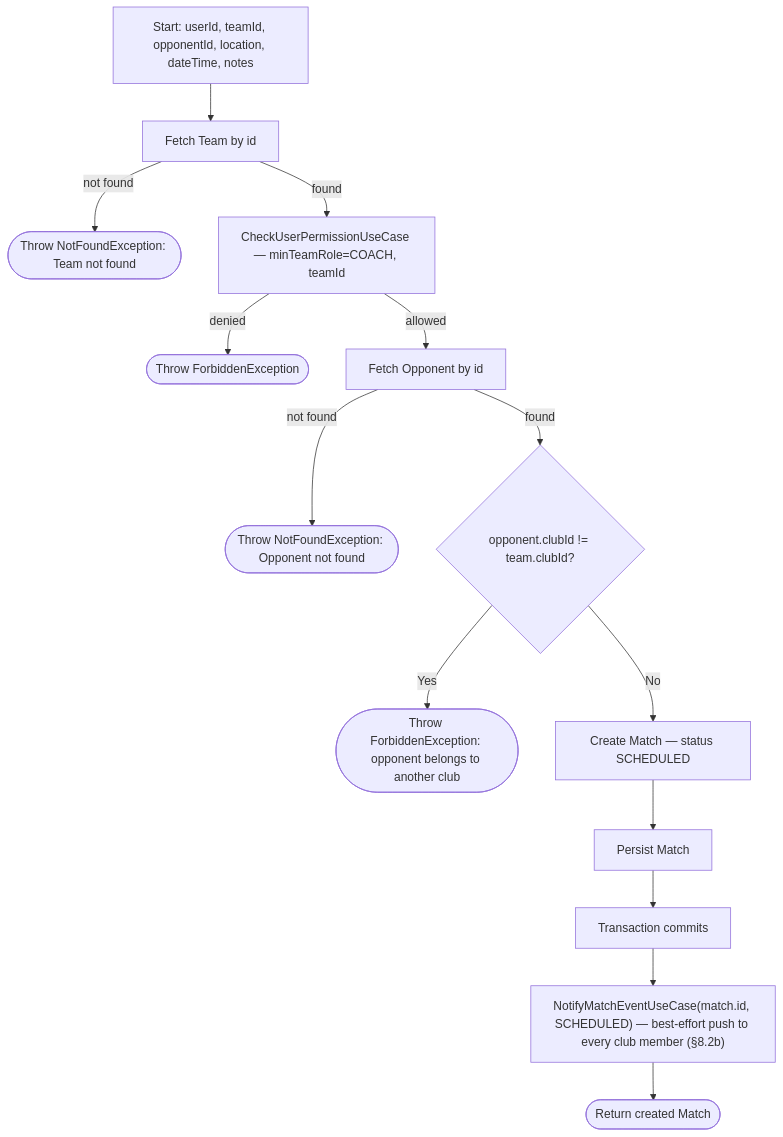
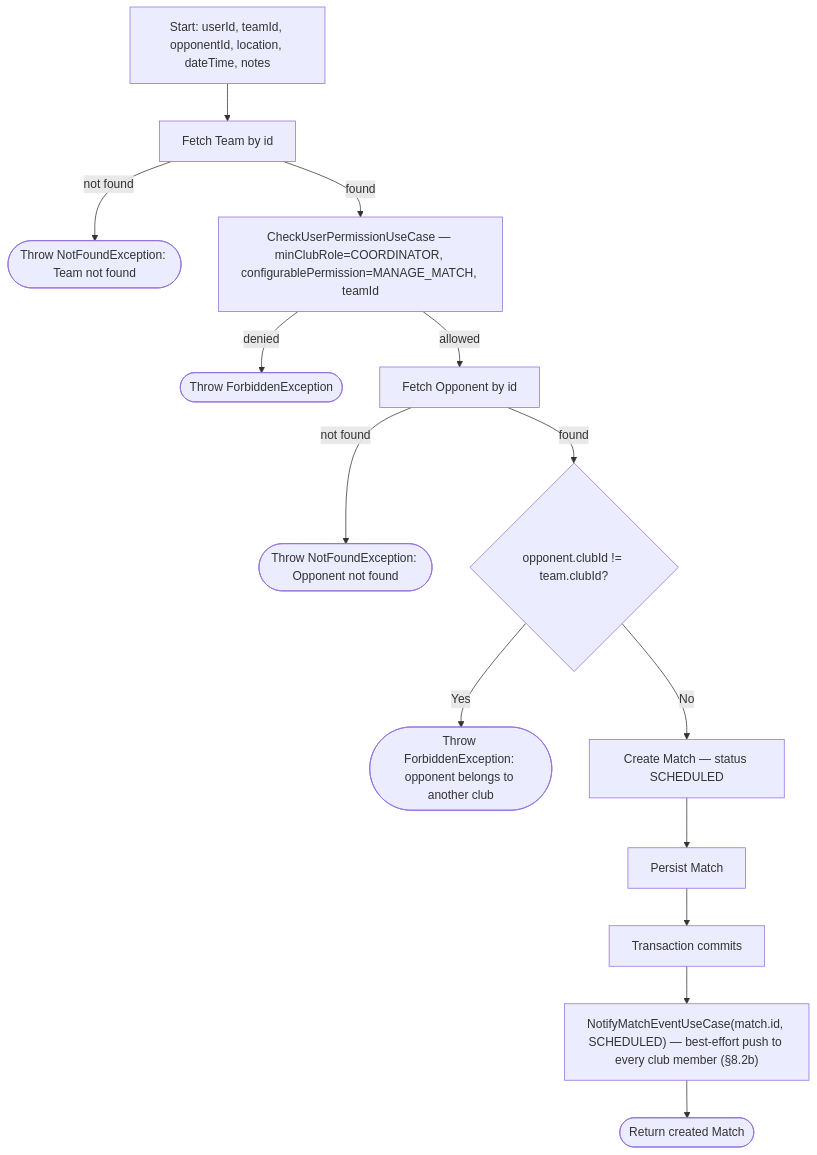
One commit to ricardofrango/squadify changed diagram 38 of 57 in PROCESS_FLOWS.md. Above: the diagram before and after it, drawn with Mermaid. The commit also changed other lines of this file and 87 other files, not shown here.

First line of the commit message:
Add configurable club permissions

````diff
--- a/PROCESS_FLOWS.md
+++ b/PROCESS_FLOWS.md
@@ -758,16 +818,16 @@
 ```mermaid
 graph TD
     A[Start: userId, teamId, opponentId, location, dateTime, notes] --> B[Fetch Team by id]
     B -- not found --> N1(["Throw NotFoundException: Team not found"])
-    B -- found --> C[CheckUserPermissionUseCase — minTeamRole=COACH, teamId]
+    B -- found --> C[CheckUserPermissionUseCase — minClubRole=COORDINATOR, configurablePermission=MANAGE_MATCH, teamId]
     C -- denied --> F(["Throw ForbiddenException"])
     C -- allowed --> D[Fetch Opponent by id]
     D -- not found --> N2(["Throw NotFoundException: Opponent not found"])
     D -- found --> E{opponent.clubId != team.clubId?}
     E -- Yes --> FB(["Throw ForbiddenException: opponent belongs to another club"])
     E -- No --> G[Create Match — status SCHEDULED]
     G --> H[Persist Match]
     H --> I["Transaction commits"]
     I --> J["NotifyMatchEventUseCase(match.id, SCHEDULED) — best-effort push to every club member (§8.2b)"]
     J --> Z(["Return created Match"])
 ```
````
